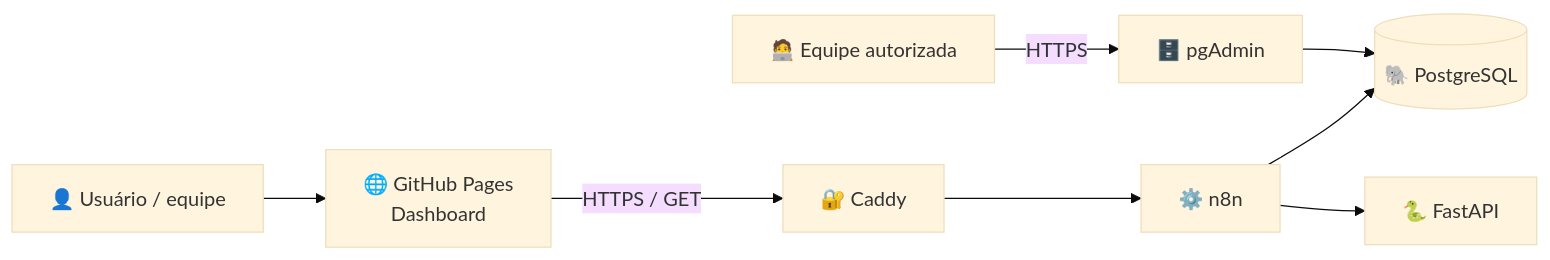
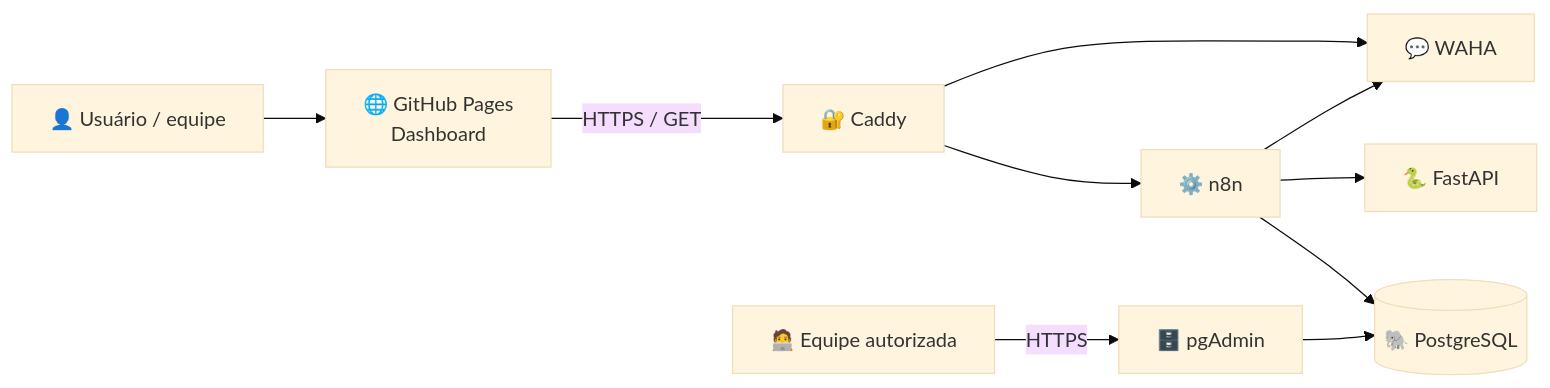
Before and after one commit to socialmei-ia/SocialMEI-IA: the first of 2 diagrams in docs/ARQUITETURA.md, drawn with Mermaid (base theme). The commit also changed other lines of this file, not shown here.

Commit message:
docs: atualizar arquitetura com WAHA e FastAPI pública

````diff
--- a/docs/ARQUITETURA.md
+++ b/docs/ARQUITETURA.md
@@ -5,10 +5,12 @@
 ```mermaid
 flowchart LR
     U["👤 Usuário / equipe"] --> P["🌐 GitHub Pages<br/>Dashboard"]
     P -->|HTTPS / GET| C["🔐 Caddy"]
     C --> N["⚙️ n8n"]
     N --> DB[("🐘 PostgreSQL")]
     N --> API["🐍 FastAPI"]
+    N --> W["💬 WAHA"]
+    C --> W
     A["🧑‍💻 Equipe autorizada"] -->|HTTPS| PG["🗄️ pgAdmin"]
     PG --> DB
 ```
````
